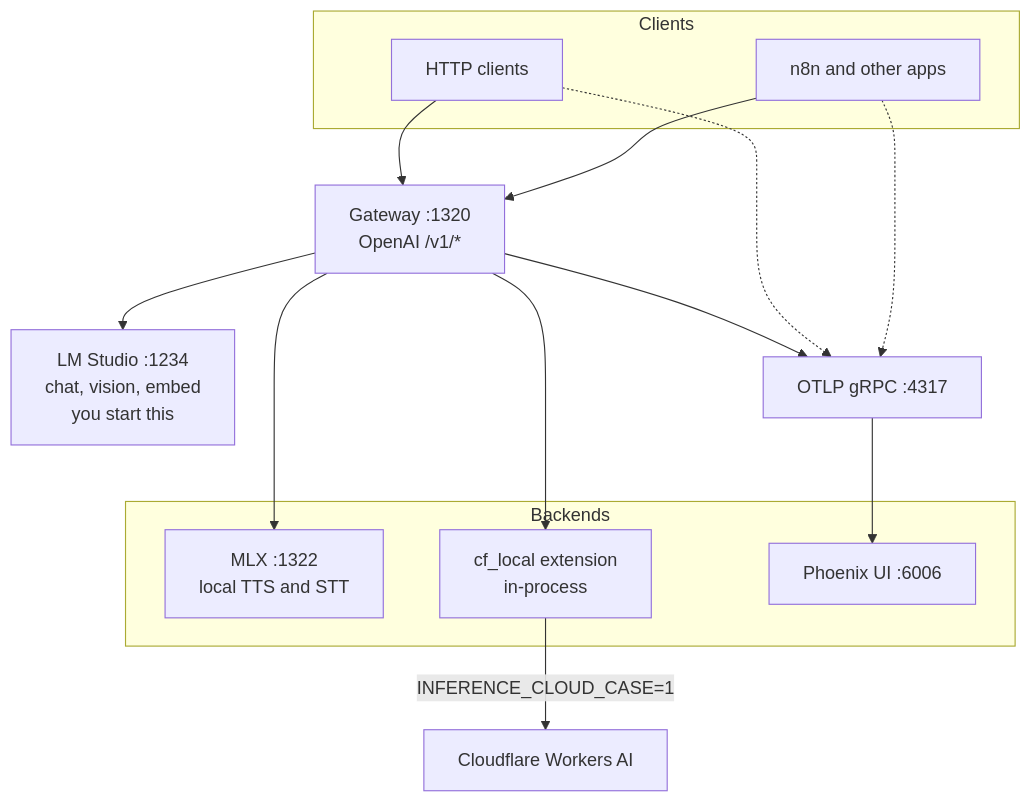
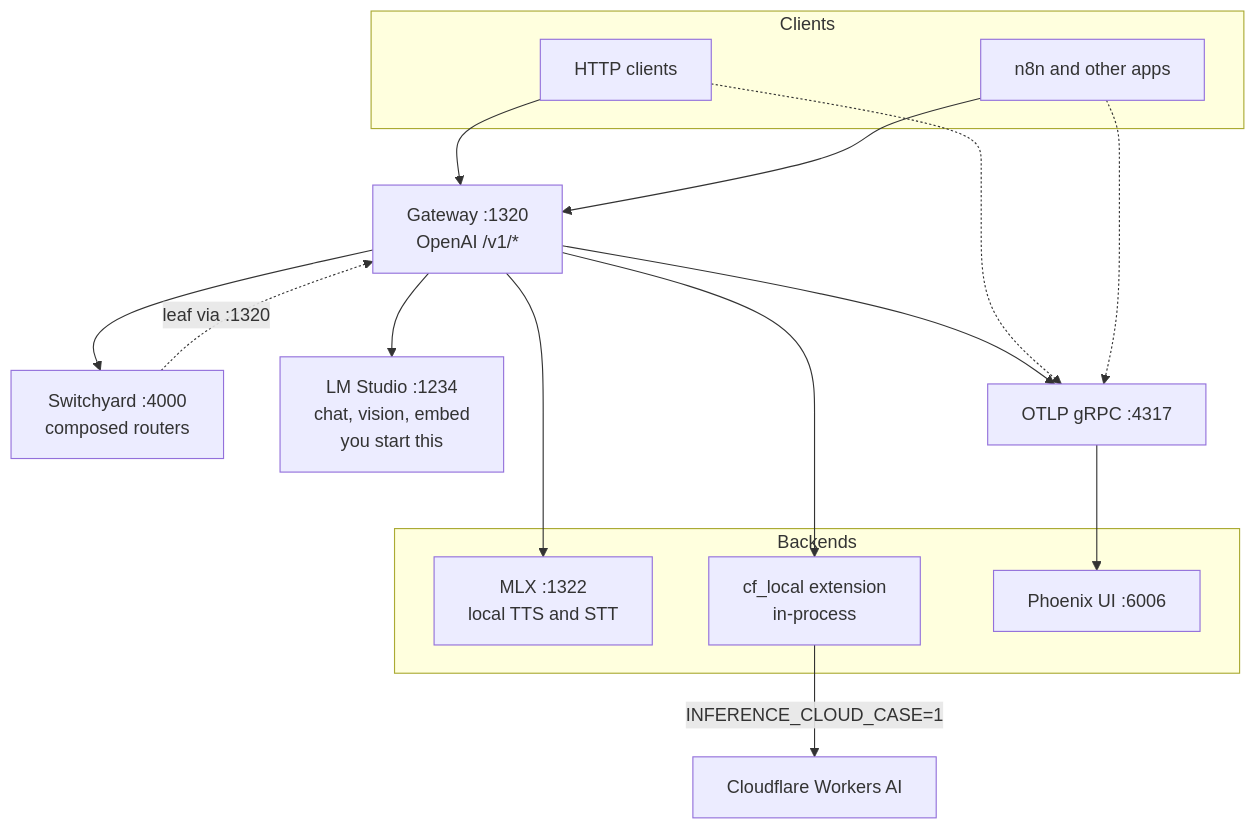
The diagram in README.md (behaviorengineering/polypus), drawn with Mermaid before and after one commit. The commit also changed other lines of this file and 3 other files, not shown here.

First line of the commit message:
README banner, Switchyard diagram, and cursor-packs bump (#10)

````diff
--- a/README.md
+++ b/README.md
@@ -9,30 +13,33 @@
 ```mermaid
 flowchart TB
   subgraph clients [Clients]
     C[HTTP clients]
     N[n8n and other apps]
   end
 
   G["Gateway :1320<br/>OpenAI /v1/*"]
+  SY["Switchyard :4000<br/>composed routers"]
 
   subgraph arms [Backends]
     M["MLX :1322<br/>local TTS and STT"]
     CFExt["cf_local extension<br/>in-process"]
     P["Phoenix UI :6006"]
   end
 
   LMS["LM Studio :1234<br/>chat, vision, embed<br/>you start this"]
   CF[Cloudflare Workers AI]
   OTLP["OTLP gRPC :4317"]
 
   C --> G
   N --> G
   G --> M
   G --> CFExt
   G --> LMS
+  G --> SY
+  SY -.->|leaf via :1320| G
   G --> OTLP
   CFExt -->|"INFERENCE_CLOUD_CASE=1"| CF
   C -.-> OTLP
   N -.-> OTLP
   OTLP --> P
 ```
````
